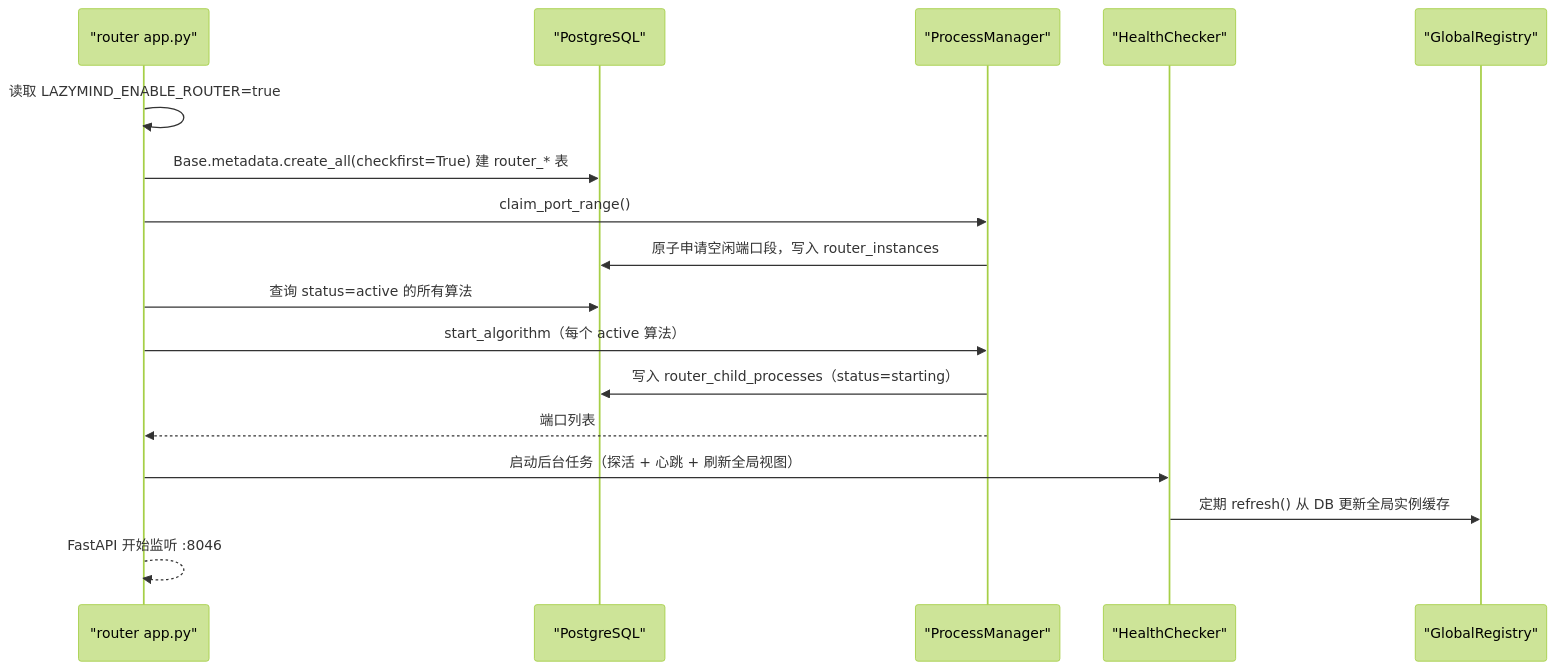
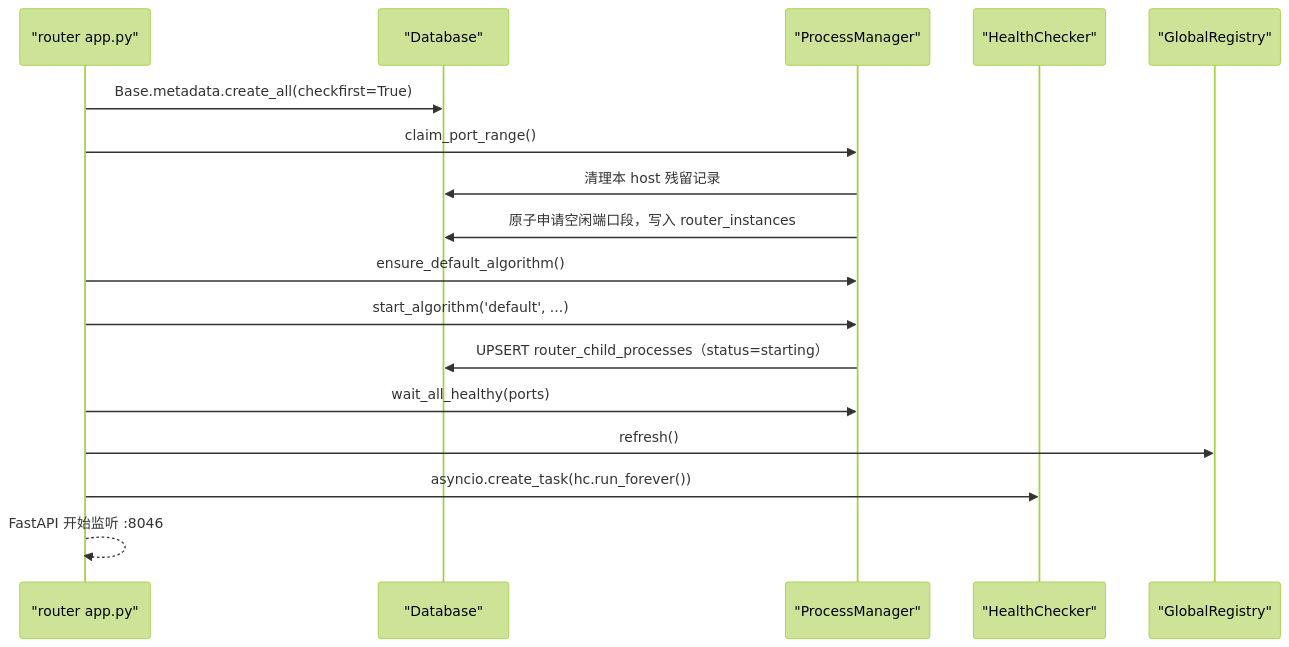
One commit to LazyAGI/LazyMind changed the third of 3 diagrams in algorithm/lazymind/router/DESIGN.md. Above: the diagram before and after it, drawn with Mermaid (forest theme). The commit also changed other lines of this file and 10 other files, not shown here.

````diff
--- a/algorithm/lazymind/router/DESIGN.md
+++ b/algorithm/lazymind/router/DESIGN.md
@@ -449,20 +497,20 @@
 ```mermaid
 sequenceDiagram
     participant app as "router app.py"
-    participant db as "PostgreSQL"
+    participant db as "Database"
     participant pm as "ProcessManager"
     participant hc as "HealthChecker"
     participant gr as "GlobalRegistry"
 
-    app->>app: 读取 LAZYMIND_ENABLE_ROUTER=true
-    app->>db: Base.metadata.create_all(checkfirst=True) 建 router_* 表
+    app->>db: Base.metadata.create_all(checkfirst=True)
     app->>pm: claim_port_range()
+    pm->>db: 清理本 host 残留记录
     pm->>db: 原子申请空闲端口段，写入 router_instances
-    app->>db: 查询 status=active 的所有算法
-    app->>pm: start_algorithm（每个 active 算法）
-    pm->>db: 写入 router_child_processes（status=starting）
-    pm-->>app: 端口列表
-    app->>hc: 启动后台任务（探活 + 心跳 + 刷新全局视图）
-    hc->>gr: 定期 refresh() 从 DB 更新全局实例缓存
+    app->>pm: ensure_default_algorithm()
+    app->>pm: start_algorithm('default', ...)
+    pm->>db: UPSERT router_child_processes（status=starting）
+    app->>pm: wait_all_healthy(ports)
+    app->>gr: refresh()
+    app->>hc: asyncio.create_task(hc.run_forever())
     app-->>app: FastAPI 开始监听 :8046
 ```
````
